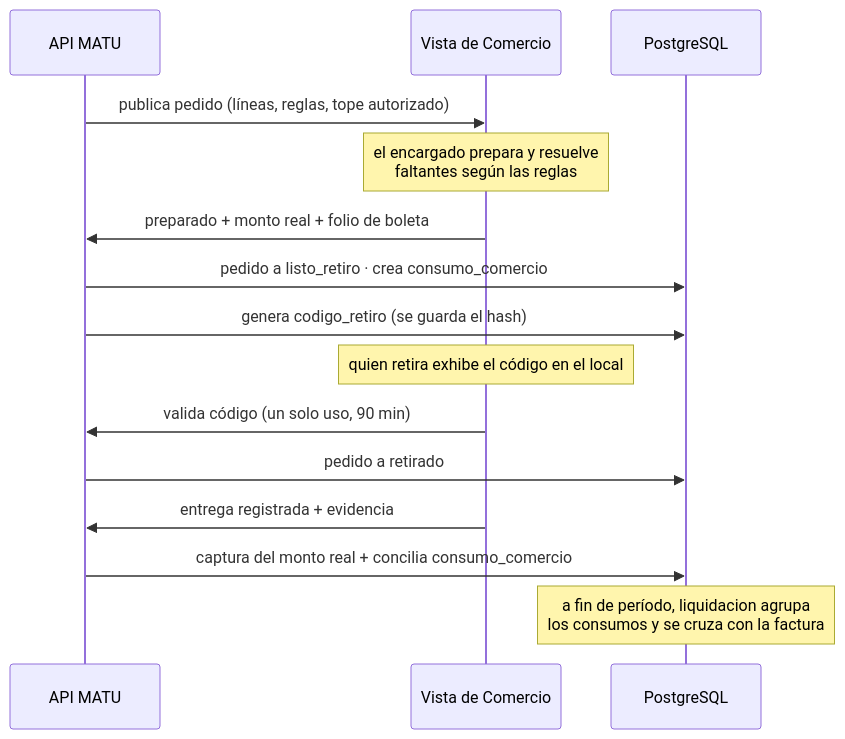
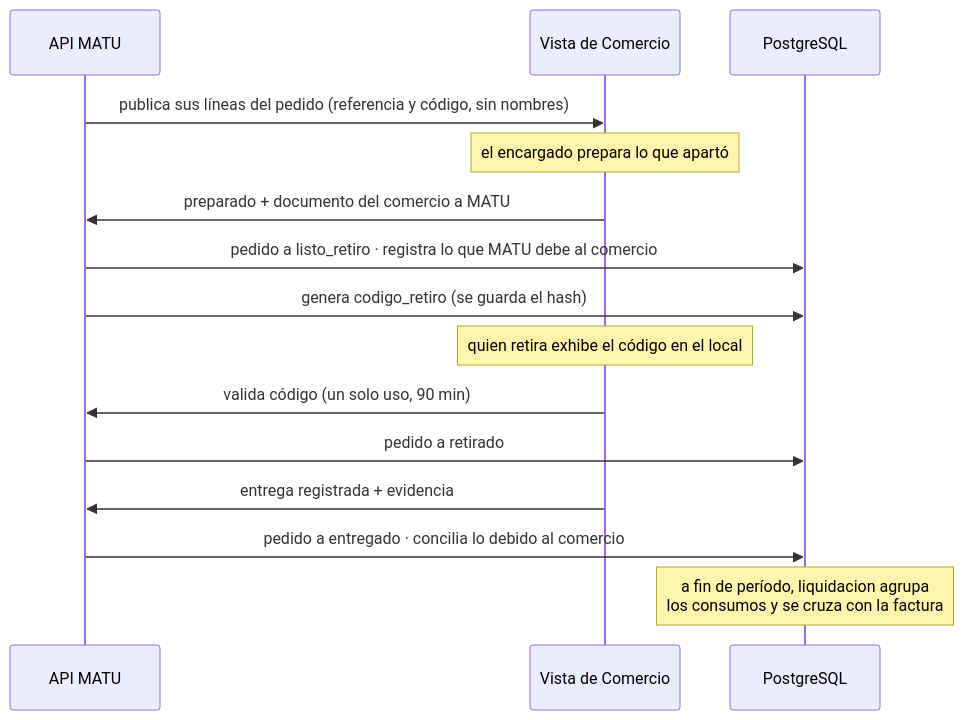
One commit to MartinHenriquez131/MATU changed the ninth of 11 diagrams in docs/arquitectura.md. Above: the diagram before and after it, drawn with Mermaid. The commit also changed other lines of this file, not shown here.

First line of the commit message:
docs(adr-027): secciones 8.1 a 8.4 y 8.7 con cobro único del total confirmado

````diff
--- a/docs/arquitectura.md
+++ b/docs/arquitectura.md
@@ -869,18 +908,18 @@
 ```mermaid
 sequenceDiagram
     participant API as API MATU
     participant VC as Vista de Comercio
     participant DB as PostgreSQL
 
-    API->>VC: publica pedido (líneas, reglas, tope autorizado)
-    Note over VC: el encargado prepara y resuelve<br/>faltantes según las reglas
-    VC->>API: preparado + monto real + folio de boleta
-    API->>DB: pedido a listo_retiro · crea consumo_comercio
+    API->>VC: publica sus líneas del pedido (referencia y código, sin nombres)
+    Note over VC: el encargado prepara lo que apartó
+    VC->>API: preparado + documento del comercio a MATU
+    API->>DB: pedido a listo_retiro · registra lo que MATU debe al comercio
     API->>DB: genera codigo_retiro (se guarda el hash)
     Note over VC: quien retira exhibe el código en el local
     VC->>API: valida código (un solo uso, 90 min)
     API->>DB: pedido a retirado
     VC->>API: entrega registrada + evidencia
-    API->>DB: captura del monto real + concilia consumo_comercio
+    API->>DB: pedido a entregado · concilia lo debido al comercio
     Note over DB: a fin de período, liquidacion agrupa<br/>los consumos y se cruza con la factura
 ```
````
